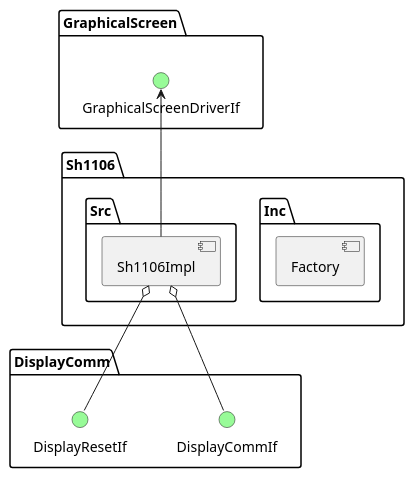
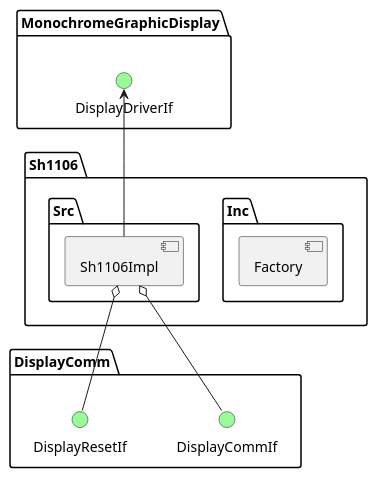
The diagram in Cpp_Arm_2021_Kala_Jaraczewski/DisplayApp/App/Sh1106/README.md (domikal792/c_cpp_arm), drawn with PlantUML before and after one commit. The commit also changed 5 other files, not shown here.

````diff
--- a/Cpp_Arm_2021_Kala_Jaraczewski/DisplayApp/App/Sh1106/README.md
+++ b/Cpp_Arm_2021_Kala_Jaraczewski/DisplayApp/App/Sh1106/README.md
@@ -5,31 +5,31 @@
 ```plantuml
 
 @startuml
 
 package "DisplayComm" {
     () DisplayCommIf #palegreen
     () DisplayResetIf #palegreen
 }
 
-package "GraphicalScreen" {
-    () GraphicalScreenDriverIf #palegreen
+package "MonochromeGraphicDisplay" {
+    () DisplayDriverIf #palegreen
 }
 
 package "Sh1106" {
     package "Inc" {
         [Factory]
     }
 
     package "Src" {
         [Sh1106Impl]
 
-        Sh1106Impl -u-> GraphicalScreenDriverIf
+        Sh1106Impl -u-> DisplayDriverIf
         Sh1106Impl o-- DisplayCommIf
         Sh1106Impl o-- DisplayResetIf
     } 
 }
 
 @enduml
 
 
 ```
````
